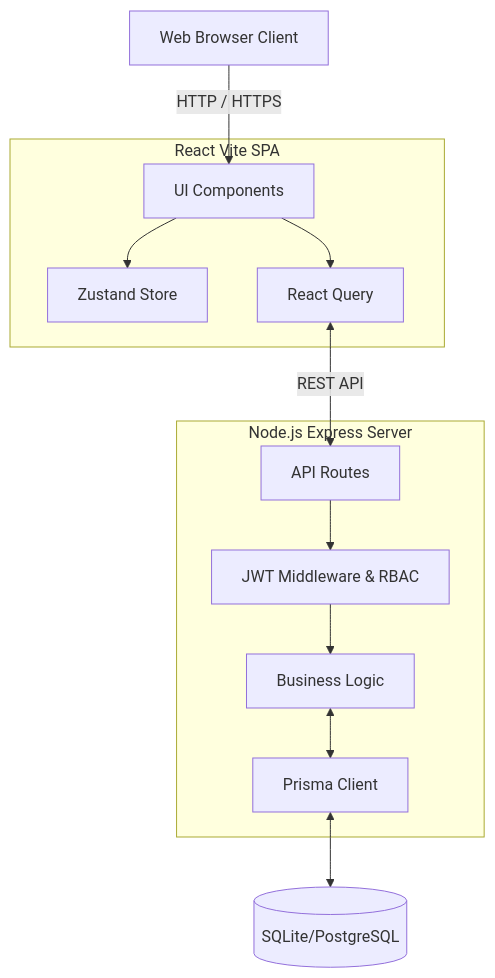
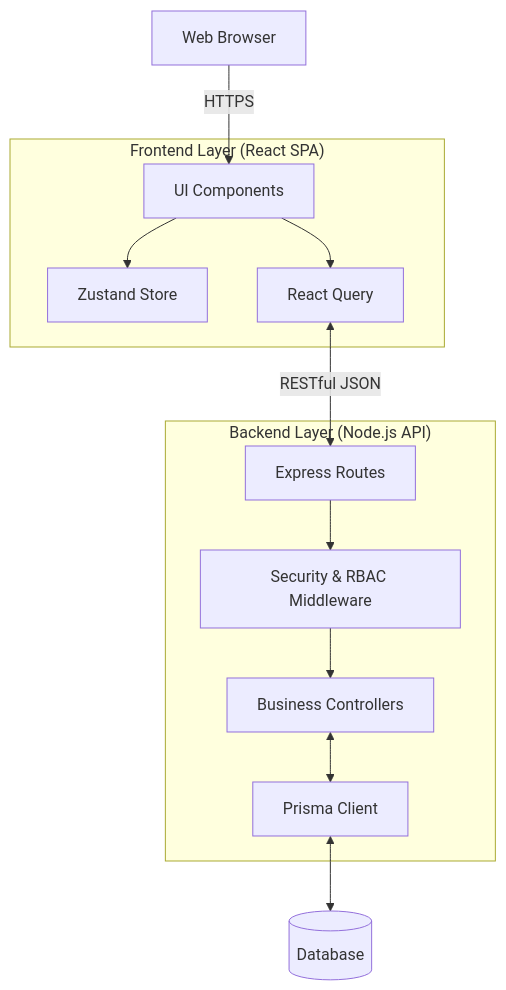
One commit to Kira-IDN/sim-ksr-pmi-umm changed the diagram in README.md. Above: the diagram before and after it, drawn with Mermaid. The commit also changed other lines of this file and 2 other files, not shown here.

````diff
--- a/README.md
+++ b/README.md
@@ -53,28 +76,28 @@
 ```mermaid
 graph TD
-    Client[Web Browser Client]
+    Client[Web Browser]
     
-    subgraph Frontend [React Vite SPA]
+    subgraph "Frontend Layer (React SPA)"
         UI[UI Components]
         Store[Zustand Store]
         Query[React Query]
     end
     
-    subgraph Backend [Node.js Express Server]
-        Router[API Routes]
-        Auth[JWT Middleware & RBAC]
-        Controllers[Business Logic]
+    subgraph "Backend Layer (Node.js API)"
+        Router[Express Routes]
+        Auth[Security & RBAC Middleware]
+        Controllers[Business Controllers]
         ORM[Prisma Client]
     end
     
-    DB[(SQLite/PostgreSQL)]
+    DB[(Database)]
     
-    Client -->|HTTP / HTTPS| UI
+    Client -->|HTTPS| UI
     UI --> Store
     UI --> Query
-    Query <-->|REST API| Router
+    Query <-->|RESTful JSON| Router
     Router --> Auth
     Auth --> Controllers
     Controllers <--> ORM
     ORM <--> DB
 ```
````
